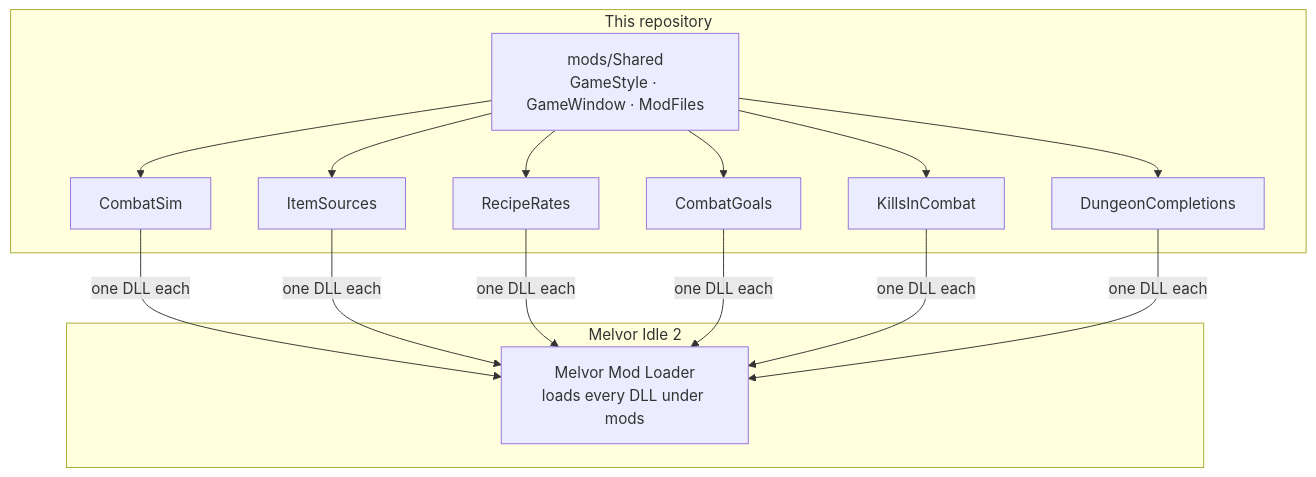
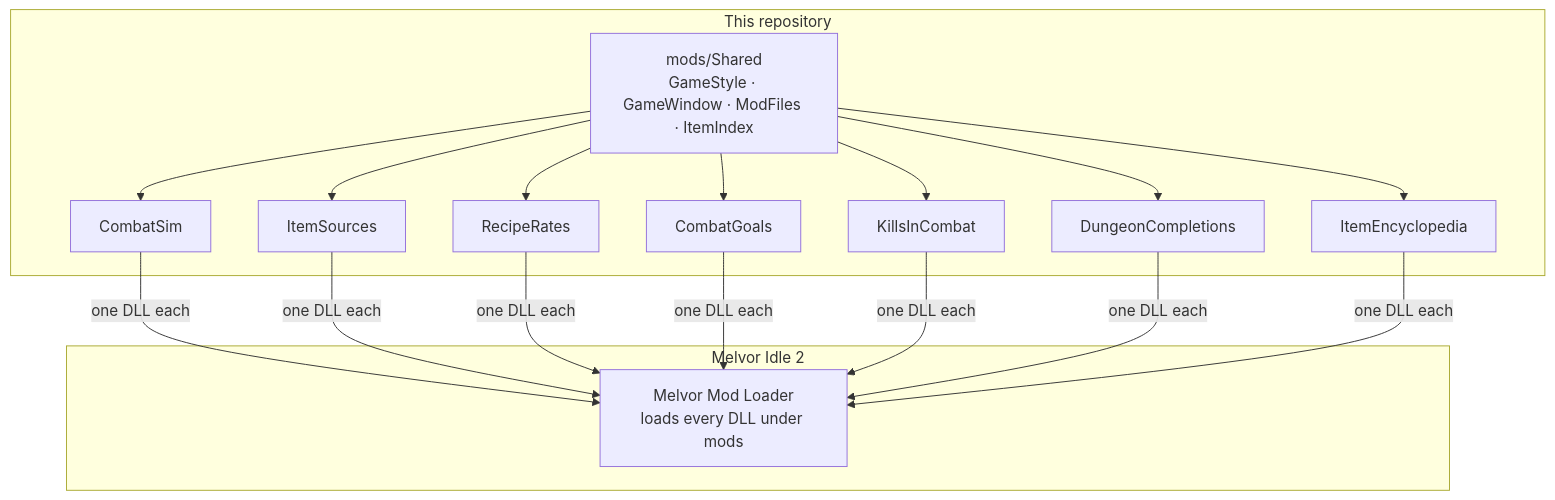
One commit to 149segolte/melvor-idle-2-qol-mods changed the diagram in README.md. Above: the diagram before and after it, drawn with Mermaid. The commit also changed other lines of this file and 30 other files, not shown here.

First line of the commit message:
Item Encyclopedia: a new mod, every item of the game in one window (#15)

````diff
--- a/README.md
+++ b/README.md
@@ -165,17 +175,18 @@
 ```mermaid
 flowchart TB
     subgraph game["Melvor Idle 2"]
         L["Melvor Mod Loader<br/>loads every DLL under mods"]
     end
     subgraph repo["This repository"]
-        S["mods/Shared<br/>GameStyle · GameWindow · ModFiles"]
+        S["mods/Shared<br/>GameStyle · GameWindow · ModFiles · ItemIndex"]
         M1["CombatSim"]
         M2["ItemSources"]
         M3["RecipeRates"]
         M4["CombatGoals"]
         M5["KillsInCombat"]
         M6["DungeonCompletions"]
+        M7["ItemEncyclopedia"]
     end
-    S --> M1 & M2 & M3 & M4 & M5 & M6
-    M1 & M2 & M3 & M4 & M5 & M6 -->|"one DLL each"| L
+    S --> M1 & M2 & M3 & M4 & M5 & M6 & M7
+    M1 & M2 & M3 & M4 & M5 & M6 & M7 -->|"one DLL each"| L
 ```
````
